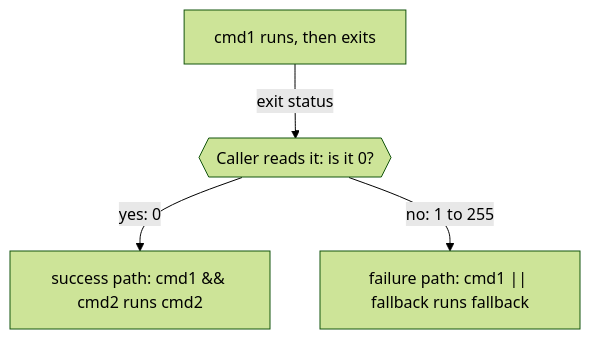
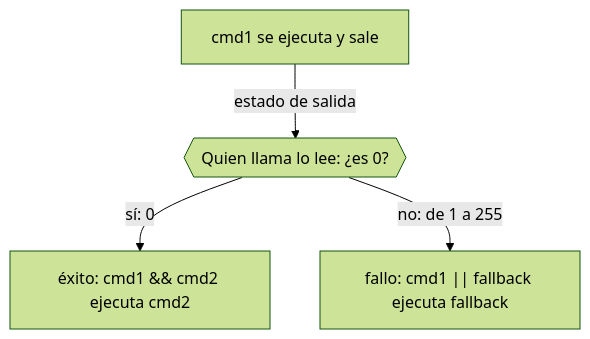
Before and after one commit to dullroar/aprende-a-programar-como-un-bicho-raro: the diagram in lessons/cs-source/concepts/exit-status.md, drawn with Mermaid (forest theme). The commit also changed other lines of this file and 47 other files, not shown here.

````diff
--- a/lessons/cs-source/concepts/exit-status.md
+++ b/lessons/cs-source/concepts/exit-status.md
@@ -8,8 +8,8 @@
 ```mermaid
 flowchart TB
-    accTitle: Exit status is a tiny interface in which one small code tells the caller which branch to take
-    accDescr: A command runs and exits with a status code. The caller, usually a shell, reads the code. If the status is 0, it takes the success path, so in cmd1 and cmd2 the second command runs. If the status is anything from 1 to 255, it takes the failure path, so in cmd1 or fallback the fallback runs.
-    P["cmd1 runs, then exits"] -->|"exit status"| S{{"Caller reads it: is it 0?"}}
-    S -->|"yes: 0"| Y["success path: cmd1 && cmd2 runs cmd2"]
-    S -->|"no: 1 to 255"| N["failure path: cmd1 || fallback runs fallback"]
+    accTitle: El estado de salida es una interfaz diminuta: un código pequeño indica a quien llama qué rama tomar
+    accDescr: Un comando se ejecuta y sale con un código de estado. Quien lo llama, por lo general un intérprete de comandos, lee el código. Si el estado es 0, toma la ruta de éxito. Así, en cmd1 y cmd2 se ejecuta el segundo comando. Si el estado está entre 1 y 255, toma la ruta de fallo. Así, en cmd1 o fallback se ejecuta fallback.
+    P["cmd1 se ejecuta y sale"] -->|"estado de salida"| S{{"Quien llama lo lee: ¿es 0?"}}
+    S -->|"sí: 0"| Y["éxito: cmd1 && cmd2 ejecuta cmd2"]
+    S -->|"no: de 1 a 255"| N["fallo: cmd1 || fallback ejecuta fallback"]
 ```
````
